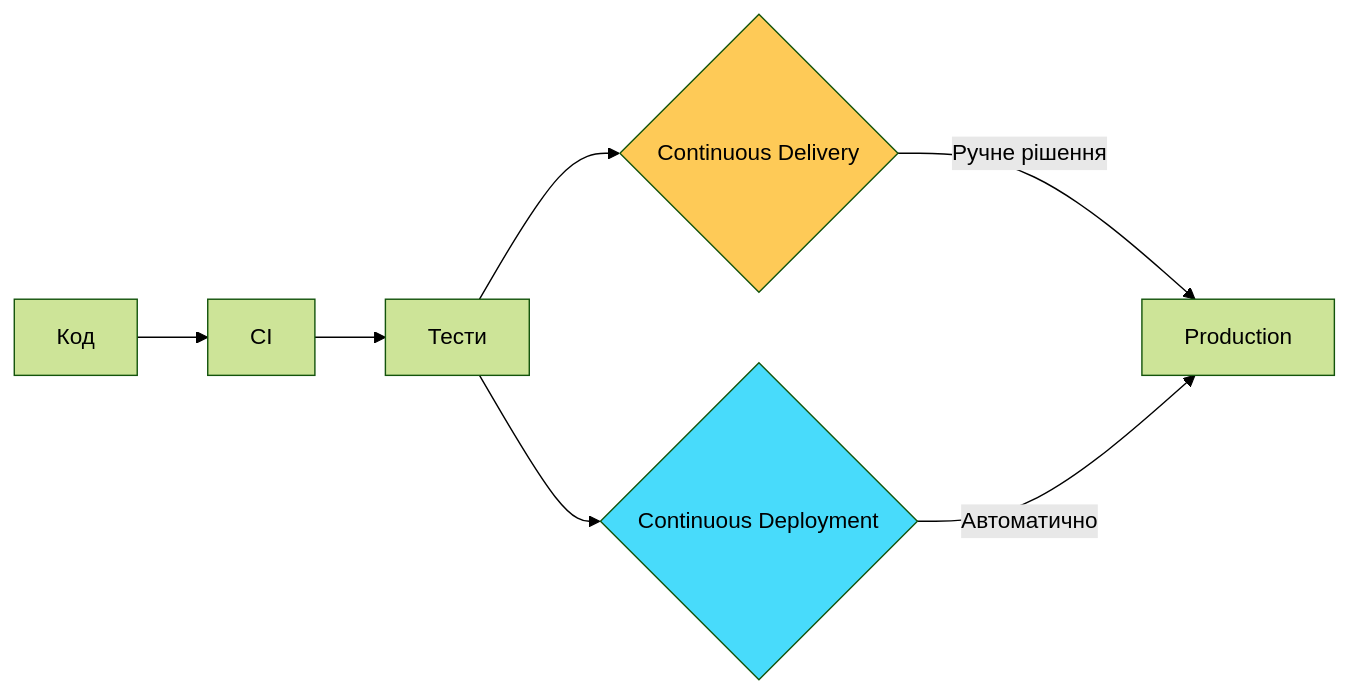
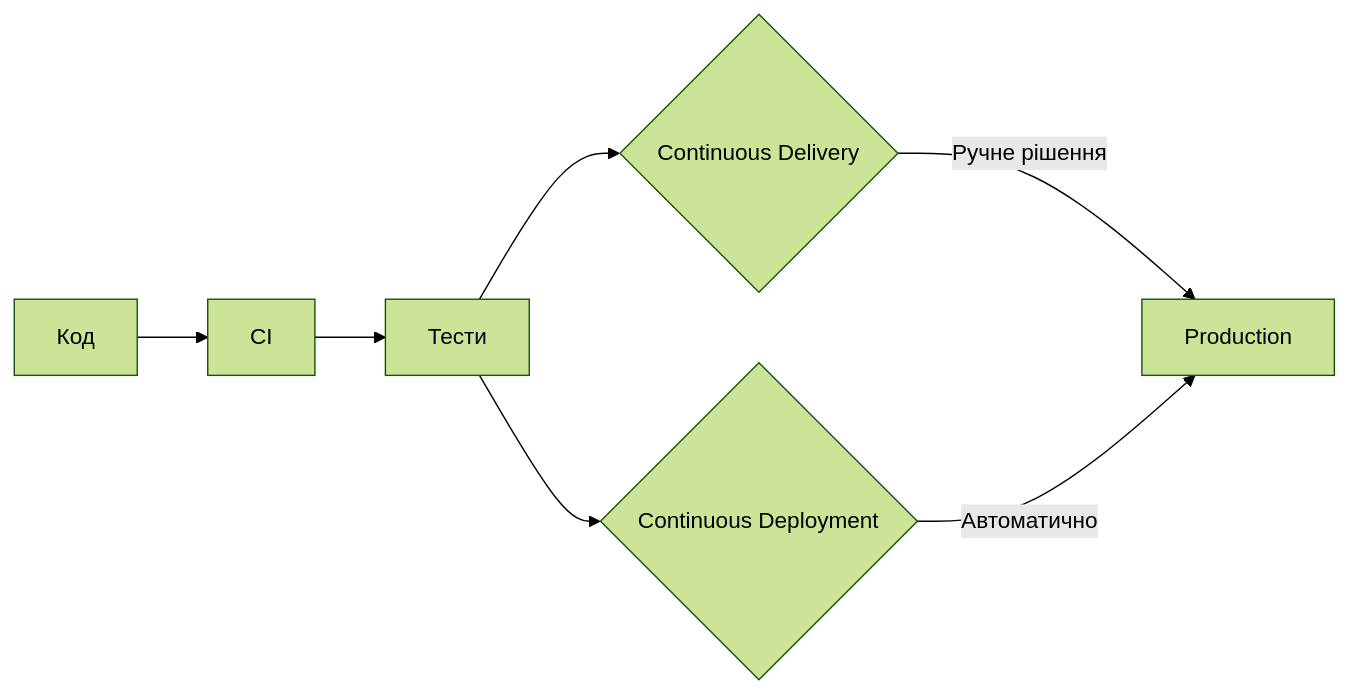
The fourth of 11 diagrams in docs/presentations/presentation-13.md (olroi421/course-opi), drawn with Mermaid (forest theme) before and after one commit.

````diff
--- a/docs/presentations/presentation-13.md
+++ b/docs/presentations/presentation-13.md
@@ -183,13 +183,11 @@
 ```mermaid
 graph LR
     A[Код] --> B[CI]
     B --> C[Тести]
     C --> D{Continuous Delivery}
     D -->|Ручне рішення| E[Production]
 
     C --> F{Continuous Deployment}
     F -->|Автоматично| E
 
-    style D fill:#feca57
-    style F fill:#48dbfb
 ```
````
